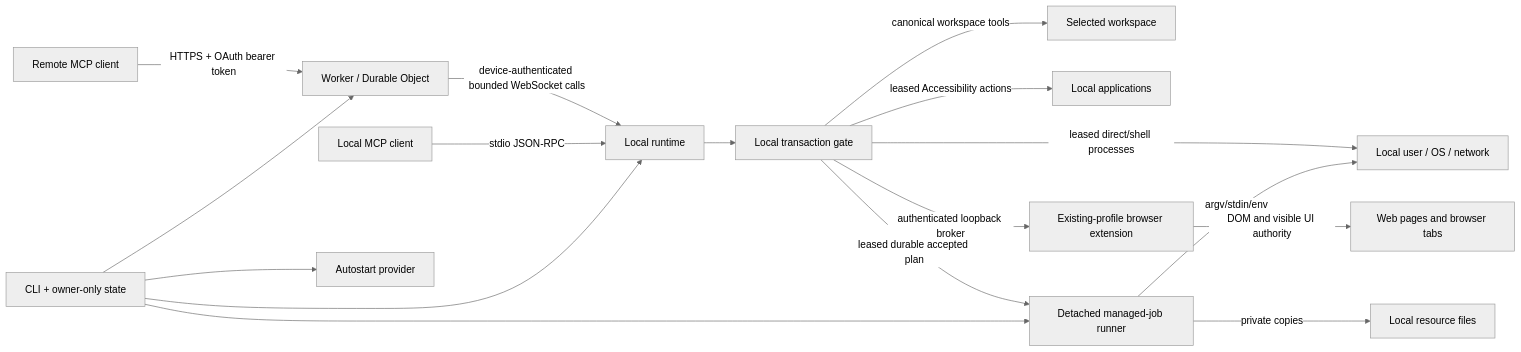
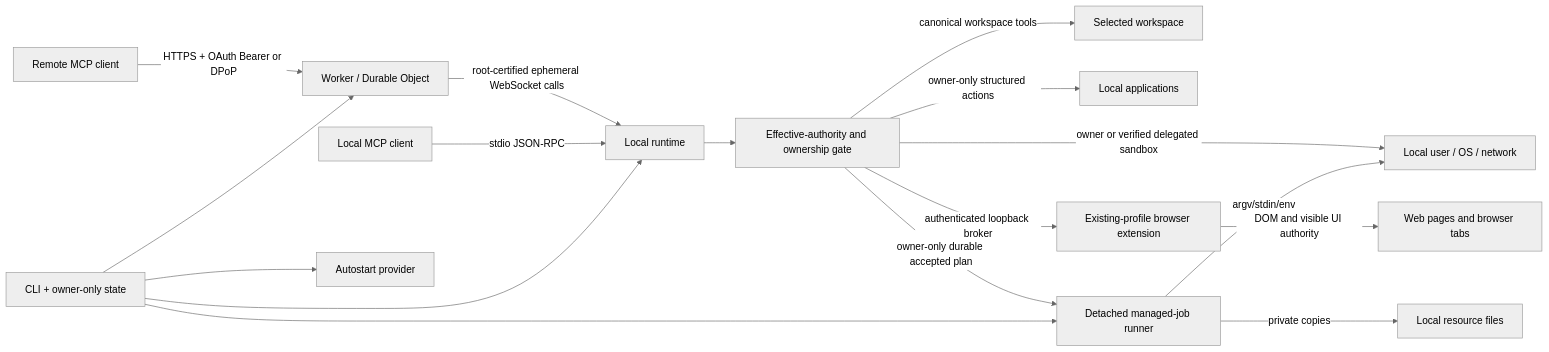
Before and after one commit to YuLeiFuYun/machine-bridge-mcp: the diagram in docs/ARCHITECTURE.md, drawn with Mermaid (neutral theme). The commit also changed other lines of this file and 201 other files, not shown here.

````diff
--- a/docs/ARCHITECTURE.md
+++ b/docs/ARCHITECTURE.md
@@ -138,19 +140,19 @@
 ```mermaid
 flowchart LR
-  C[Remote MCP client] -->|HTTPS + OAuth bearer token| W[Worker / Durable Object]
-  W -->|device-authenticated bounded WebSocket calls| R[Local runtime]
+  C[Remote MCP client] -->|HTTPS + OAuth Bearer or DPoP| W[Worker / Durable Object]
+  W -->|root-certified ephemeral WebSocket calls| R[Local runtime]
   L[Local MCP client] -->|stdio JSON-RPC| R
-  R --> T[Local transaction gate]
+  R --> T[Effective-authority and ownership gate]
   T -->|canonical workspace tools| F[Selected workspace]
-  T -->|leased direct/shell processes| P[Local user / OS / network]
-  T -->|leased Accessibility actions| A[Local applications]
+  T -->|owner or verified delegated sandbox| P[Local user / OS / network]
+  T -->|owner-only structured actions| A[Local applications]
   T -->|authenticated loopback broker| B[Existing-profile browser extension]
   B -->|DOM and visible UI authority| WB[Web pages and browser tabs]
-  T -->|leased durable accepted plan| J[Detached managed-job runner]
+  T -->|owner-only durable accepted plan| J[Detached managed-job runner]
   J -->|private copies| LR[Local resource files]
   J -->|argv/stdin/env| P
   CLI[CLI + owner-only state] --> W
   CLI --> R
   CLI --> J
   CLI --> S[Autostart provider]
 ```
````
